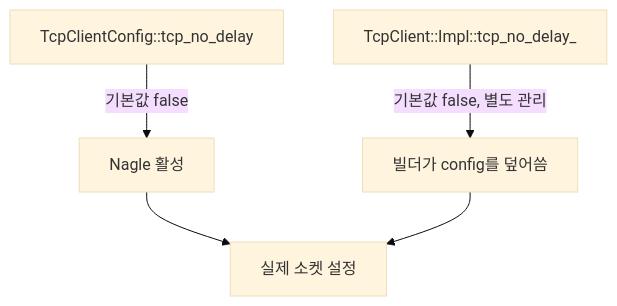
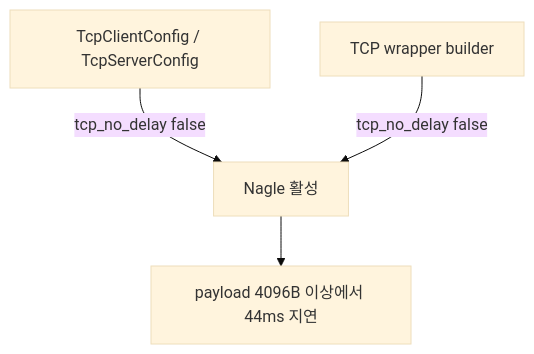
The fifth of 8 diagrams in src/content/blog/2026-07-01-unilink-tcp-nodelay-트러블슈팅.md (jwsung91/jwsung91.github.io), drawn with Mermaid (base theme) before and after one commit. The commit also changed other lines of this file, not shown here.

Commit message:
Update Blog “2026-07-01-unilink-tcp-nodelay-트러블슈팅”

````diff
--- a/src/content/blog/2026-07-01-unilink-tcp-nodelay-트러블슈팅.md
+++ b/src/content/blog/2026-07-01-unilink-tcp-nodelay-트러블슈팅.md
@@ -89,7 +151,6 @@
 ```mermaid
 flowchart TD
-    A[TcpClientConfig::tcp_no_delay] -->|기본값 false| B[Nagle 활성]
-    C[TcpClient::Impl::tcp_no_delay_] -->|기본값 false, 별도 관리| D[빌더가 config를 덮어씀]
-    B --> E[실제 소켓 설정]
-    D --> E
+    A[TcpClientConfig / TcpServerConfig] -->|tcp_no_delay false| C[Nagle 활성]
+    B[TCP wrapper builder] -->|tcp_no_delay false| C
+    C --> D[payload 4096B 이상에서 44ms 지연]
 ```
````
